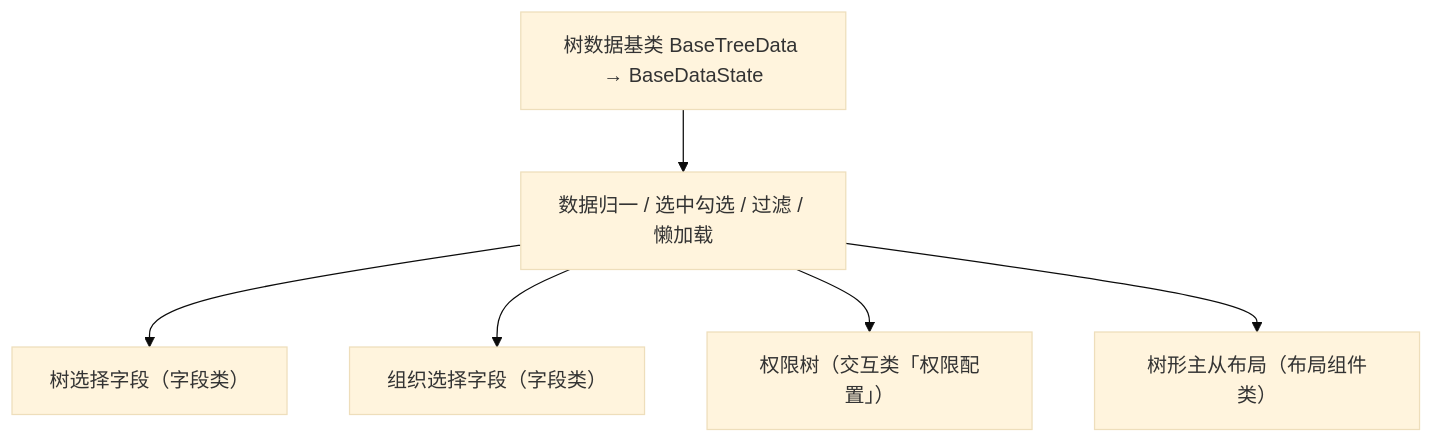
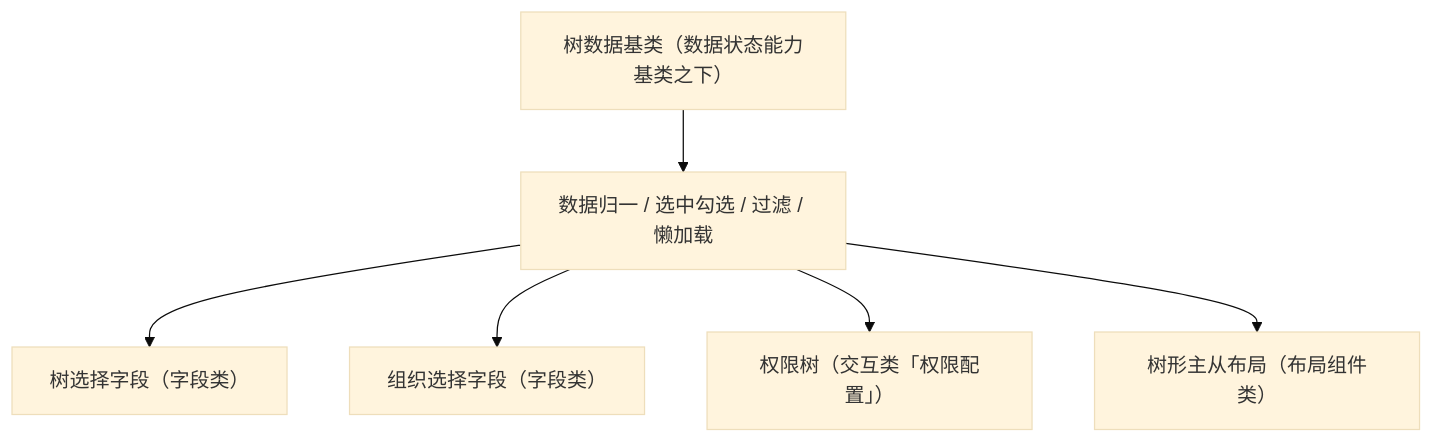
Before and after one commit to minjian123/basic-management-system: the diagram in bms文档/设计/组件设计/02_基础组件类/03_域基类/03_组件设计_树域基类/03_组件设计_树域基类.md, drawn with Mermaid (base theme). The commit also changed other lines of this file and 108 other files, not shown here.

````diff
--- a/bms文档/设计/组件设计/02_基础组件类/03_域基类/03_组件设计_树域基类/03_组件设计_树域基类.md
+++ b/bms文档/设计/组件设计/02_基础组件类/03_域基类/03_组件设计_树域基类/03_组件设计_树域基类.md
@@ -16,8 +16,8 @@
 ```mermaid
 flowchart TD
-    U["树数据基类 BaseTreeData → BaseDataState"] --> B["数据归一 / 选中勾选 / 过滤 / 懒加载"]
+    U["树数据基类（数据状态能力基类之下）"] --> B["数据归一 / 选中勾选 / 过滤 / 懒加载"]
     B --> T1["树选择字段（字段类）"]
     B --> T2["组织选择字段（字段类）"]
     B --> T3["权限树（交互类「权限配置」）"]
     B --> T4["树形主从布局（布局组件类）"]
 ```
````
